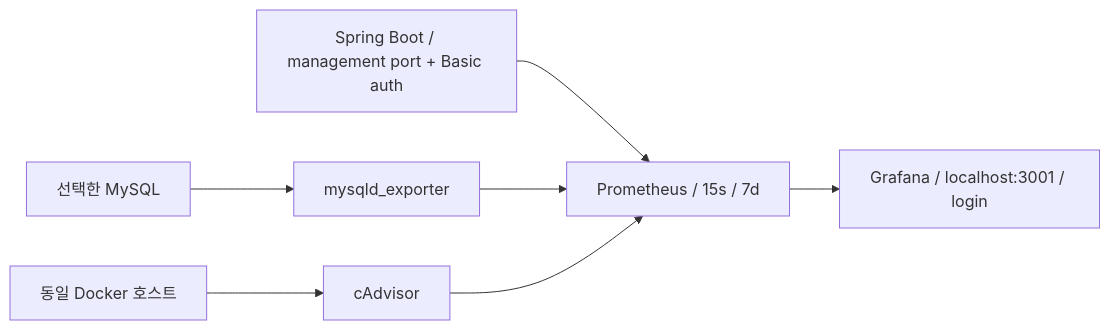
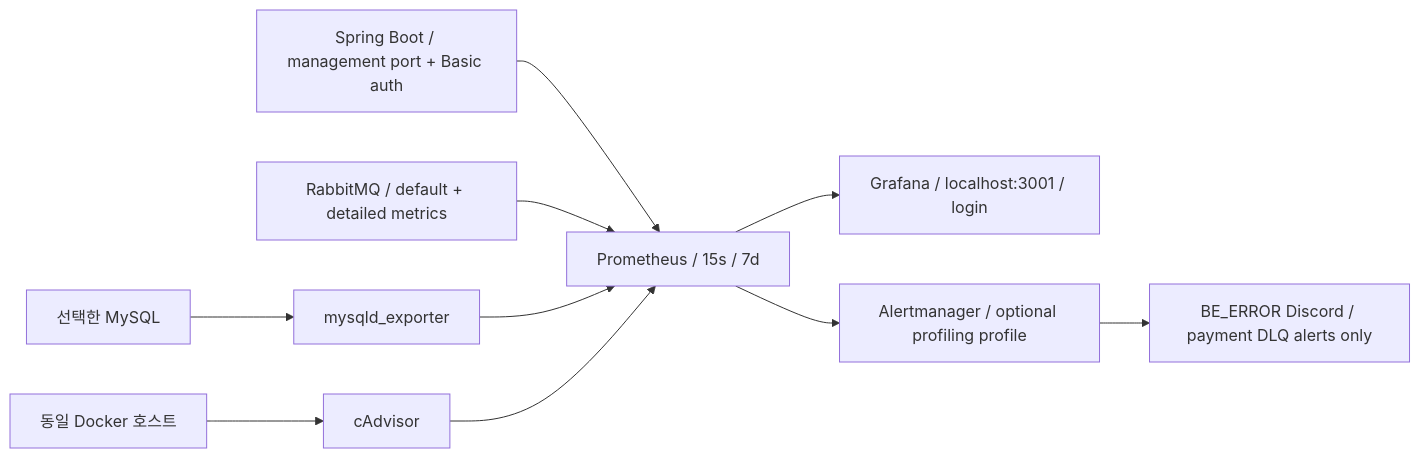
One commit to 100-hours-a-week/KTB4-12th-BE changed the diagram in docs/monitoring.md. Above: the diagram before and after it, drawn with Mermaid. The commit also changed other lines of this file and 6 other files, not shown here.

Commit message:
feat: 결제 RabbitMQ DLQ Discord 알림 연결

````diff
--- a/docs/monitoring.md
+++ b/docs/monitoring.md
@@ -13,9 +13,12 @@
 ```mermaid
 flowchart LR
   APP[Spring Boot / management port + Basic auth] --> P[Prometheus / 15s / 7d]
+  RABBIT[RabbitMQ / default + detailed metrics] --> P
   DB[선택한 MySQL] --> EX[mysqld_exporter]
   EX --> P
   DOCKER[동일 Docker 호스트] --> CA[cAdvisor]
   CA --> P
   P --> G[Grafana / localhost:3001 / login]
+  P --> AM[Alertmanager / optional profiling profile]
+  AM --> DC[BE_ERROR Discord / payment DLQ alerts only]
 ```
````
